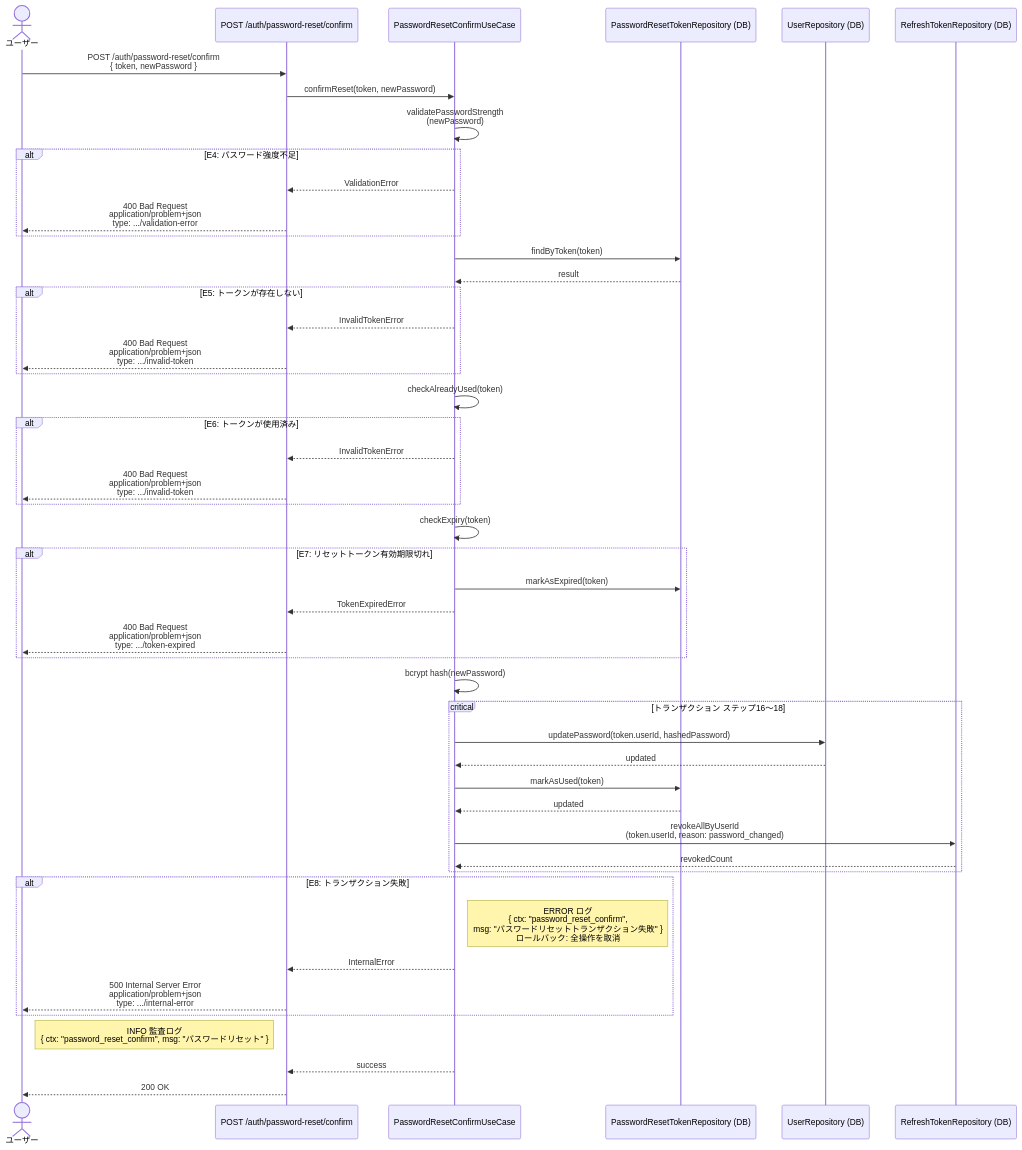
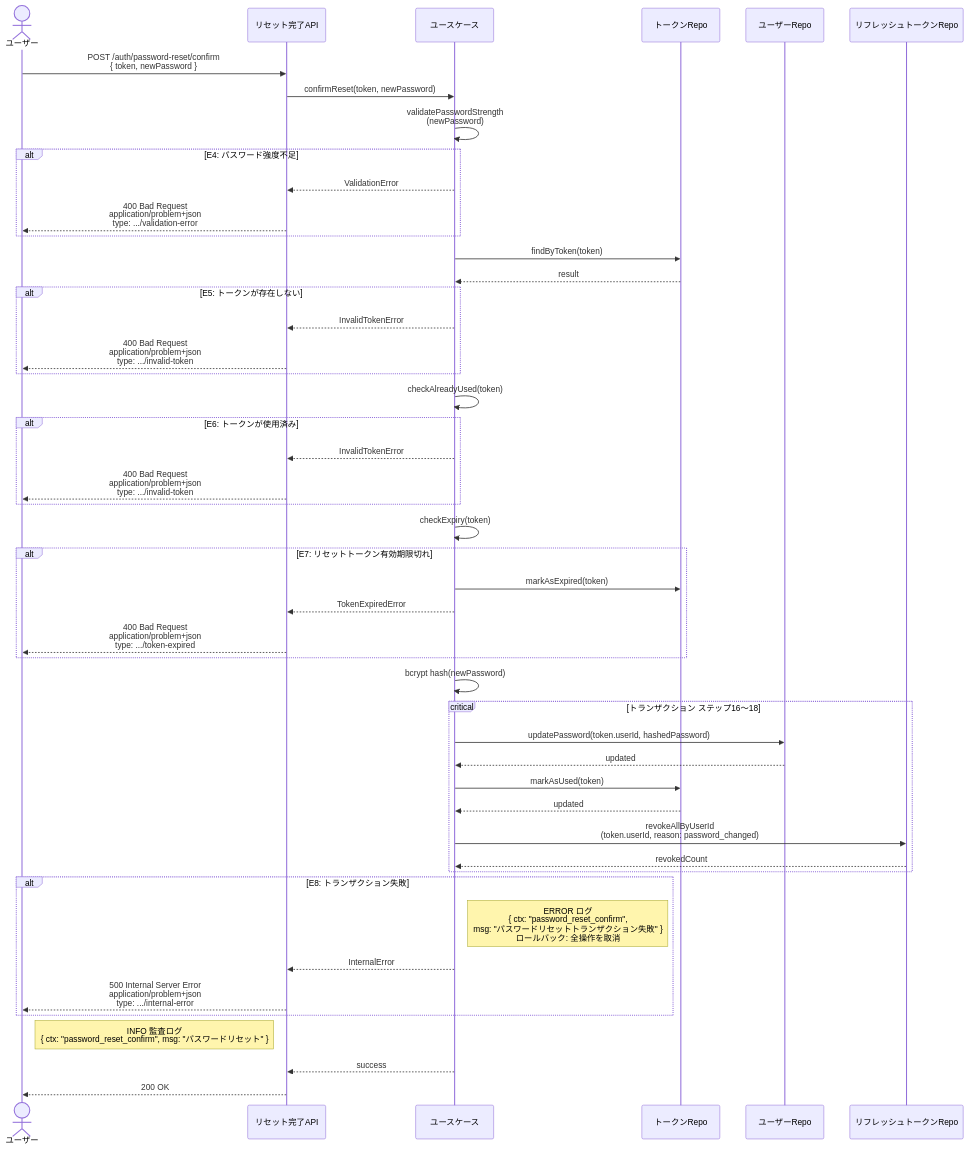
One commit to suunet/POC_HYDRA_AUTH changed the third of 3 diagrams in .docs/design/buc/BUC-U07.md. Above: the diagram before and after it, drawn with Mermaid. The commit also changed other lines of this file and 15 other files, not shown here.

````diff
--- a/.docs/design/buc/BUC-U07.md
+++ b/.docs/design/buc/BUC-U07.md
@@ -239,50 +239,50 @@
 ```mermaid
 sequenceDiagram
-  actor ユーザー as ユーザー
-  participant リセット完了API as POST /auth/password-reset/confirm
-  participant ユースケース as PasswordResetConfirmUseCase
-  participant トークンRepo as PasswordResetTokenRepository (DB)
-  participant ユーザーRepo as UserRepository (DB)
-  participant リフレッシュトークンRepo as RefreshTokenRepository (DB)
-  ユーザー->>リセット完了API: POST /auth/password-reset/confirm<br/>{ token, newPassword }
-  リセット完了API->>ユースケース: confirmReset(token, newPassword)
-  ユースケース->>ユースケース: validatePasswordStrength<br/>(newPassword)
+  actor User as ユーザー
+  participant ResetConfirmAPI as リセット完了API
+  participant UseCase as ユースケース
+  participant ResetRepo as トークンRepo
+  participant UserRepo as ユーザーRepo
+  participant RefreshRepo as リフレッシュトークンRepo
+  User->>ResetConfirmAPI: POST /auth/password-reset/confirm<br/>{ token, newPassword }
+  ResetConfirmAPI->>UseCase: confirmReset(token, newPassword)
+  UseCase->>UseCase: validatePasswordStrength<br/>(newPassword)
   alt E4: パスワード強度不足
-  ユースケース-->>リセット完了API: ValidationError
-  リセット完了API-->>ユーザー: 400 Bad Request<br/>application/problem+json<br/>type: .../validation-error
+  UseCase-->>ResetConfirmAPI: ValidationError
+  ResetConfirmAPI-->>User: 400 Bad Request<br/>application/problem+json<br/>type: .../validation-error
   end
-  ユースケース->>トークンRepo: findByToken(token)
-  トークンRepo-->>ユースケース: result
+  UseCase->>ResetRepo: findByToken(token)
+  ResetRepo-->>UseCase: result
   alt E5: トークンが存在しない
-  ユースケース-->>リセット完了API: InvalidTokenError
-  リセット完了API-->>ユーザー: 400 Bad Request<br/>application/problem+json<br/>type: .../invalid-token
+  UseCase-->>ResetConfirmAPI: InvalidTokenError
+  ResetConfirmAPI-->>User: 400 Bad Request<br/>application/problem+json<br/>type: .../invalid-token
   end
-  ユースケース->>ユースケース: checkAlreadyUsed(token)
+  UseCase->>UseCase: checkAlreadyUsed(token)
   alt E6: トークンが使用済み
-  ユースケース-->>リセット完了API: InvalidTokenError
-  リセット完了API-->>ユーザー: 400 Bad Request<br/>application/problem+json<br/>type: .../invalid-token
+  UseCase-->>ResetConfirmAPI: InvalidTokenError
+  ResetConfirmAPI-->>User: 400 Bad Request<br/>application/problem+json<br/>type: .../invalid-token
   end
-  ユースケース->>ユースケース: checkExpiry(token)
+  UseCase->>UseCase: checkExpiry(token)
   alt E7: リセットトークン有効期限切れ
-  ユースケース->>トークンRepo: markAsExpired(token)
-  ユースケース-->>リセット完了API: TokenExpiredError
-  リセット完了API-->>ユーザー: 400 Bad Request<br/>application/problem+json<br/>type: .../token-expired
+  UseCase->>ResetRepo: markAsExpired(token)
+  UseCase-->>ResetConfirmAPI: TokenExpiredError
+  ResetConfirmAPI-->>User: 400 Bad Request<br/>application/problem+json<br/>type: .../token-expired
   end
-  ユースケース->>ユースケース: bcrypt hash(newPassword)
+  UseCase->>UseCase: bcrypt hash(newPassword)
   critical トランザクション ステップ16〜18
-  ユースケース->>ユーザーRepo: updatePassword(token.userId, hashedPassword)
-  ユーザーRepo-->>ユースケース: updated
-  ユースケース->>トークンRepo: markAsUsed(token)
-  トークンRepo-->>ユースケース: updated
-  ユースケース->>リフレッシュトークンRepo: revokeAllByUserId<br/>(token.userId, reason: password_changed)
-  リフレッシュトークンRepo-->>ユースケース: revokedCount
+  UseCase->>UserRepo: updatePassword(token.userId, hashedPassword)
+  UserRepo-->>UseCase: updated
+  UseCase->>ResetRepo: markAsUsed(token)
+  ResetRepo-->>UseCase: updated
+  UseCase->>RefreshRepo: revokeAllByUserId<br/>(token.userId, reason: password_changed)
+  RefreshRepo-->>UseCase: revokedCount
   end
   alt E8: トランザクション失敗
-  Note right of ユースケース: ERROR ログ<br/>{ ctx: "password_reset_confirm",<br/>msg: "パスワードリセットトランザクション失敗" }<br/>ロールバック: 全操作を取消
-  ユースケース-->>リセット完了API: InternalError
-  リセット完了API-->>ユーザー: 500 Internal Server Error<br/>application/problem+json<br/>type: .../internal-error
+  Note right of UseCase: ERROR ログ<br/>{ ctx: "password_reset_confirm",<br/>msg: "パスワードリセットトランザクション失敗" }<br/>ロールバック: 全操作を取消
+  UseCase-->>ResetConfirmAPI: InternalError
+  ResetConfirmAPI-->>User: 500 Internal Server Error<br/>application/problem+json<br/>type: .../internal-error
   end
-  Note right of ユーザー: INFO 監査ログ<br/>{ ctx: "password_reset_confirm", msg: "パスワードリセット" }
-  ユースケース-->>リセット完了API: success
-  リセット完了API-->>ユーザー: 200 OK
+  Note right of User: INFO 監査ログ<br/>{ ctx: "password_reset_confirm", msg: "パスワードリセット" }
+  UseCase-->>ResetConfirmAPI: success
+  ResetConfirmAPI-->>User: 200 OK
 ```
````
